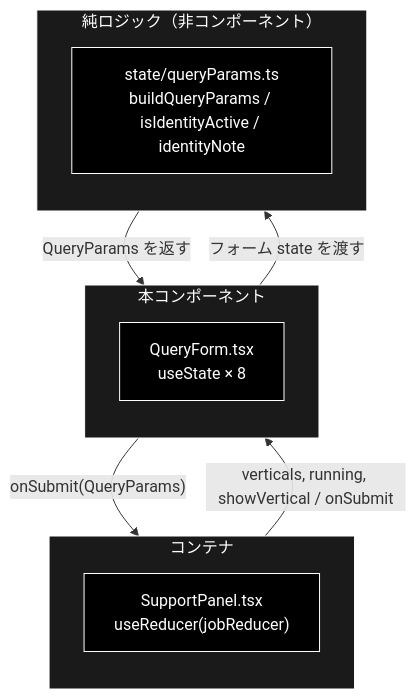
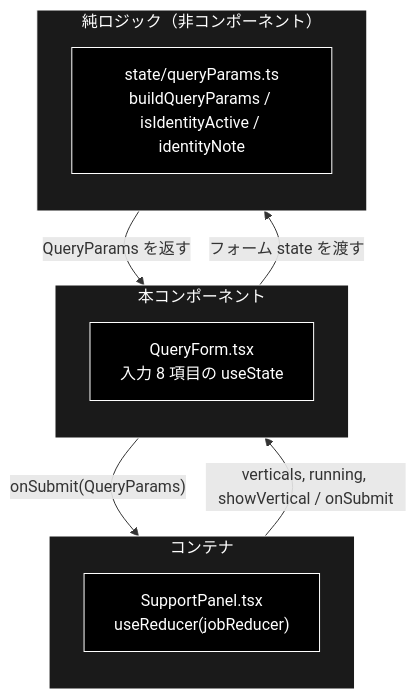
One commit to nakashima2toshio/grace_v2 changed the first of 3 diagrams in frontend/docs/QueryForm.md. Above: the diagram before and after it, drawn with Mermaid. The commit also changed other lines of this file and 5 other files, not shown here.

````diff
--- a/frontend/docs/QueryForm.md
+++ b/frontend/docs/QueryForm.md
@@ -71,26 +71,26 @@
 ```mermaid
 flowchart TB
     subgraph Container["コンテナ"]
         direction TB
         SP["SupportPanel.tsx<br>useReducer(jobReducer)"]
     end
     subgraph Form["本コンポーネント"]
         direction TB
-        QF["QueryForm.tsx<br>useState × 8"]
+        QF["QueryForm.tsx<br>入力 8 項目の useState"]
     end
     subgraph Logic["純ロジック（非コンポーネント）"]
         direction TB
         QP["state/queryParams.ts<br>buildQueryParams / isIdentityActive / identityNote"]
     end
 
     SP -->|"verticals, running, showVertical / onSubmit"| QF
     QF -->|"フォーム state を渡す"| QP
     QP -->|"QueryParams を返す"| QF
     QF -->|"onSubmit(QueryParams)"| SP
 classDef default fill:#000,stroke:#fff,color:#fff
 classDef subgraphStyle fill:#1a1a1a,stroke:#fff,color:#fff
 class SP,QF,QP default
 style Container fill:#1a1a1a,stroke:#fff,color:#fff
 style Form fill:#1a1a1a,stroke:#fff,color:#fff
 style Logic fill:#1a1a1a,stroke:#fff,color:#fff
 ```
````
